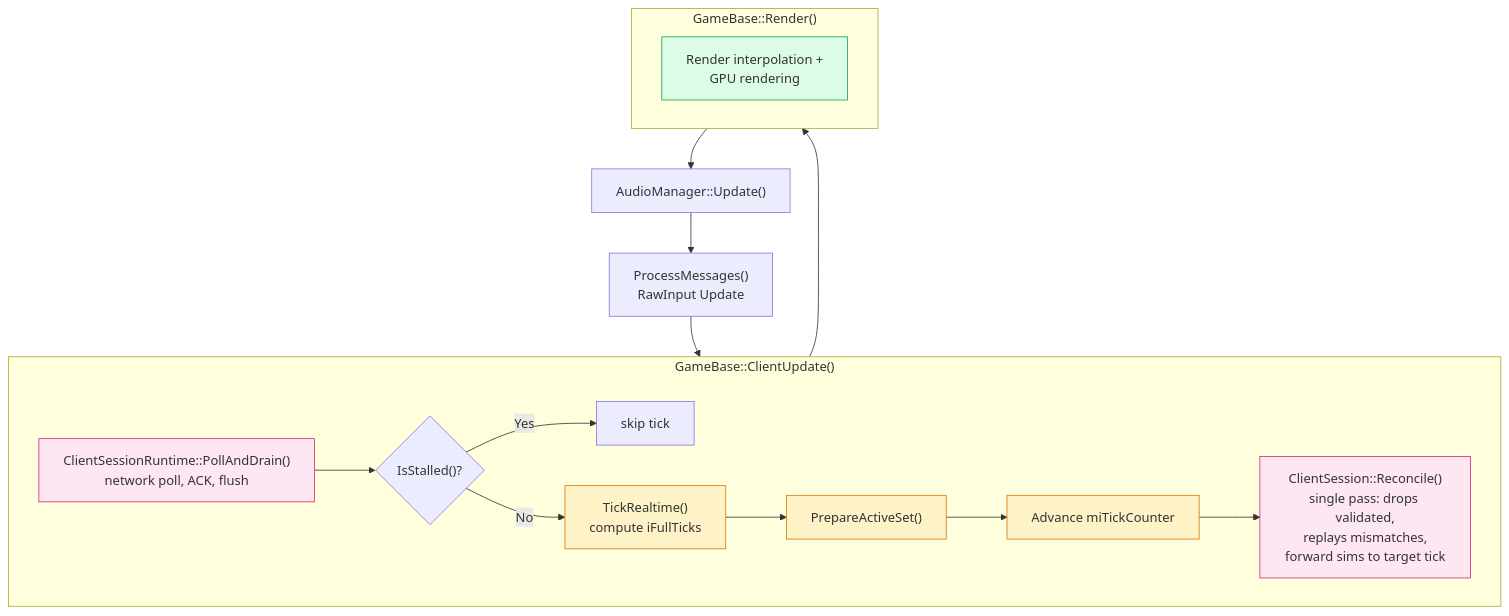
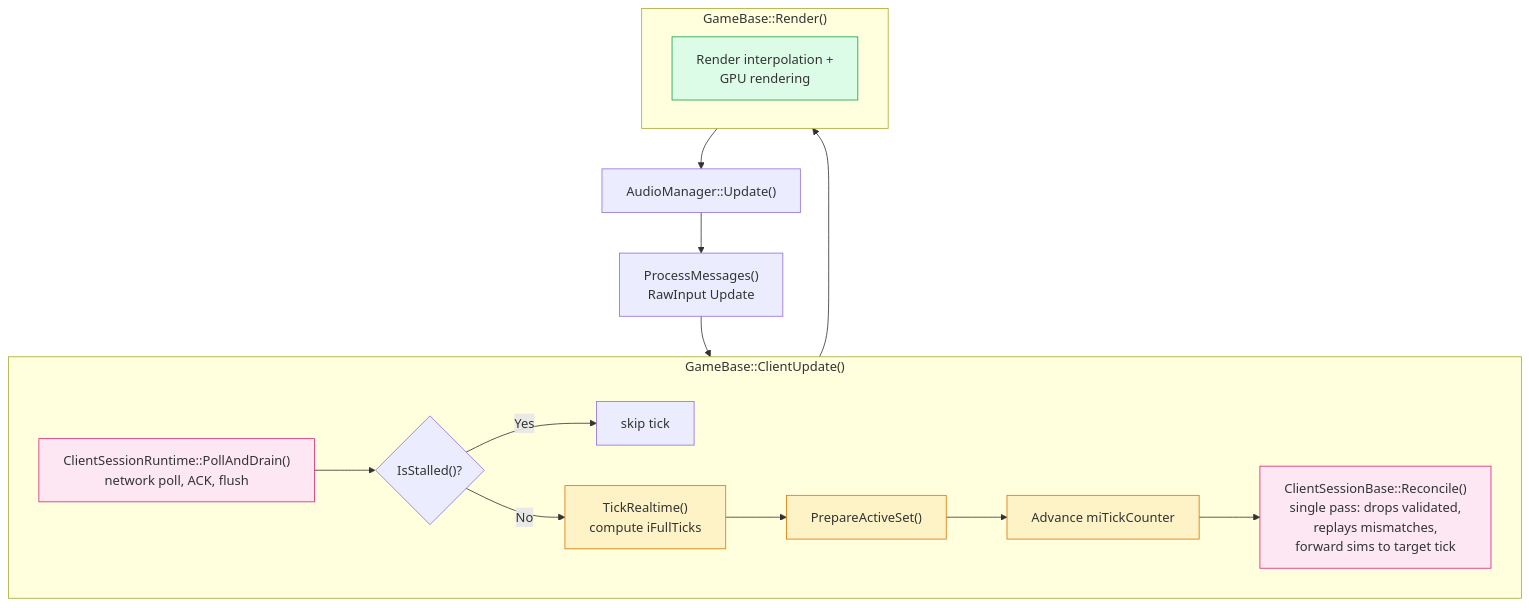
One commit to DougTanner/BrokenEngine changed the third of 5 diagrams in Documents/Architecture/GameReconciliation.md. Above: the diagram before and after it, drawn with Mermaid. The commit also changed other lines of this file and 67 other files, not shown here.

````diff
--- a/Documents/Architecture/GameReconciliation.md
+++ b/Documents/Architecture/GameReconciliation.md
@@ -94,34 +94,34 @@
 ```mermaid
 %%{init: {'theme': 'default'}}%%
 flowchart TD
     classDef network fill:#dbeafe,stroke:#3b82f6
     classDef physics fill:#fef3c7,stroke:#d97706
     classDef render fill:#dcfce7,stroke:#16a34a
     classDef reconcile fill:#fce7f3,stroke:#db2777
 
     MSG["ProcessMessages()<br/>RawInput Update"] --> TICK_FRAMES
 
     subgraph TICK_FRAMES ["GameBase::ClientUpdate()"]
         POLL["ClientSessionRuntime::PollAndDrain()<br/>network poll, ACK, flush"]:::reconcile
 
         STALL_CHECK{"IsStalled()?"}
         POLL --> STALL_CHECK
         STALL_CHECK -->|"Yes"| EARLY_RETURN["skip tick"]
 
         TICK["TickRealtime()<br/>compute iFullTicks"]:::physics
         PREPARE_ACTIVE["PrepareActiveSet()"]:::physics
         ADVANCE["Advance miTickCounter"]:::physics
-        RECONCILE_STEP["ClientSession::Reconcile()<br/>single pass: drops validated,<br/>replays mismatches,<br/>forward sims to target tick"]:::reconcile
+        RECONCILE_STEP["ClientSessionBase::Reconcile()<br/>single pass: drops validated,<br/>replays mismatches,<br/>forward sims to target tick"]:::reconcile
 
         STALL_CHECK -->|"No"| TICK --> PREPARE_ACTIVE --> ADVANCE --> RECONCILE_STEP
     end
 
     subgraph RENDER_METHOD ["GameBase::Render()"]
         RENDER["Render interpolation +<br/>GPU rendering"]:::render
     end
 
     AUDIO["AudioManager::Update()"]
 
     TICK_FRAMES --> RENDER_METHOD --> AUDIO
     AUDIO --> MSG
 ```
````
